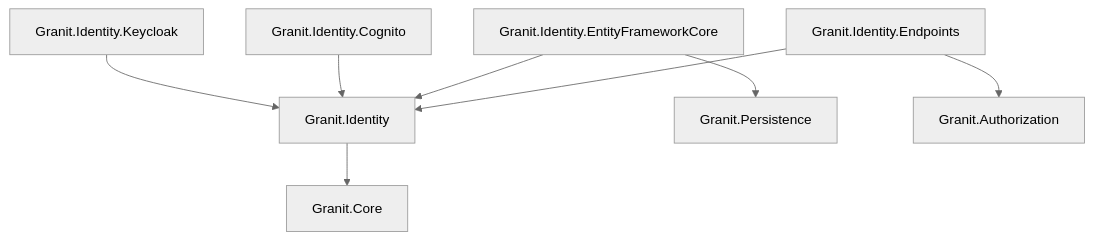
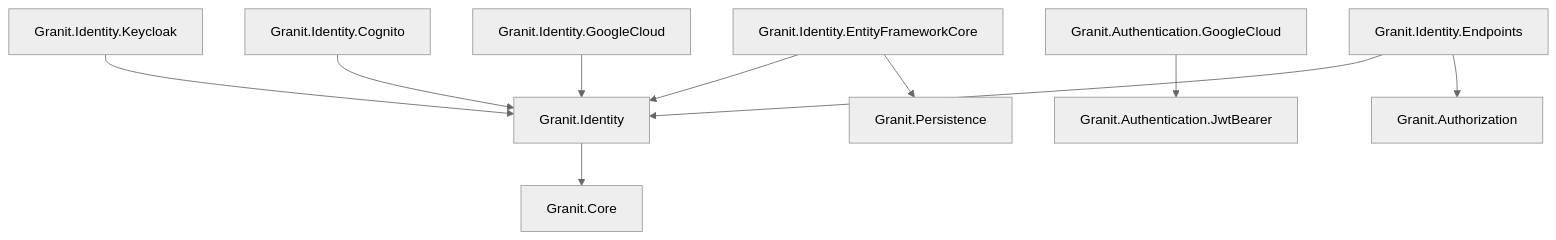
Before and after one commit to enraiz/granit-dotnet: the first of 2 diagrams in docs-site/src/content/docs/reference/modules/identity.mdx, drawn with Mermaid (neutral theme). The commit also changed other lines of this file and 3 other files, not shown here.

````diff
--- a/docs-site/src/content/docs/reference/modules/identity.mdx
+++ b/docs-site/src/content/docs/reference/modules/identity.mdx
@@ -35,10 +39,12 @@
 ```mermaid
 graph TD
     I[Granit.Identity] --> C[Granit.Core]
     IK[Granit.Identity.Keycloak] --> I
     IC[Granit.Identity.Cognito] --> I
+    IGC[Granit.Identity.GoogleCloud] --> I
+    AGC[Granit.Authentication.GoogleCloud] --> JB[Granit.Authentication.JwtBearer]
     IEF[Granit.Identity.EntityFrameworkCore] --> I
     IEF --> P[Granit.Persistence]
     IE[Granit.Identity.Endpoints] --> I
     IE --> AZ[Granit.Authorization]
 ```
````
